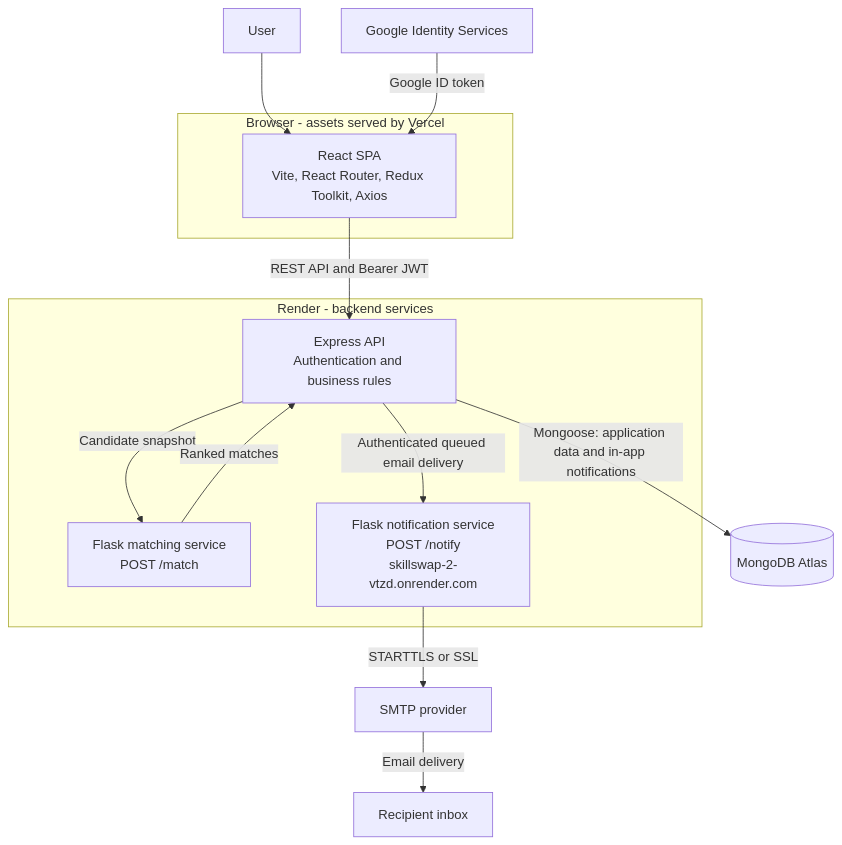
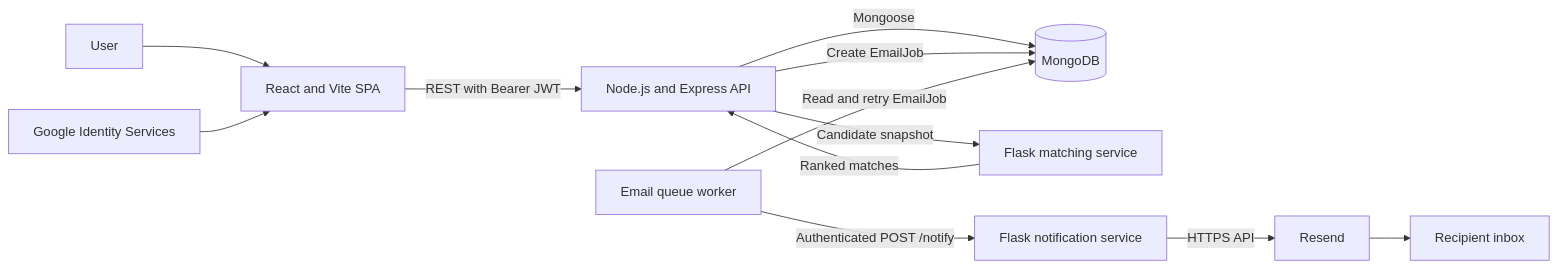
Before and after one commit to eeemrann/skillswap: the first of 5 diagrams in README.md, drawn with Mermaid. The commit also changed other lines of this file and 1 other file, not shown here.

````diff
--- a/README.md
+++ b/README.md
@@ -37,29 +37,16 @@
 ```mermaid
-flowchart TB
-    User["User"]
+flowchart LR
+    User[User] --> Web[React and Vite SPA]
+    Google[Google Identity Services] --> Web
+    Web -->|REST with Bearer JWT| API[Node.js and Express API]
 
-    subgraph Browser["Browser - assets served by Vercel"]
-        SPA["React SPA<br/>Vite, React Router, Redux Toolkit, Axios"]
-    end
+    API -->|Mongoose| Mongo[(MongoDB)]
+    API -->|Candidate snapshot| Match[Flask matching service]
+    Match -->|Ranked matches| API
 
-    subgraph Render["Render - backend services"]
-        API["Express API<br/>Authentication and business rules"]
-        Match["Flask matching service<br/>POST /match"]
-        Email["Flask notification service<br/>POST /notify<br/>skillswap-2-vtzd.onrender.com"]
-    end
-
-    Mongo[("MongoDB Atlas")]
-    Google["Google Identity Services"]
-    SMTP["SMTP provider"]
-    Inbox["Recipient inbox"]
-
-    User --> SPA
-    Google -->|"Google ID token"| SPA
-    SPA -->|"REST API and Bearer JWT"| API
-    API -->|"Mongoose: application data and in-app notifications"| Mongo
-    API -->|"Candidate snapshot"| Match
-    Match -->|"Ranked matches"| API
-    API -->|"Authenticated queued email delivery"| Email
-    Email -->|"STARTTLS or SSL"| SMTP
-    SMTP -->|"Email delivery"| Inbox
+    API -->|Create EmailJob| Mongo
+    Worker[Email queue worker] -->|Read and retry EmailJob| Mongo
+    Worker -->|Authenticated POST /notify| Notify[Flask notification service]
+    Notify -->|HTTPS API| Resend[Resend]
+    Resend --> Inbox[Recipient inbox]
 ```
````
